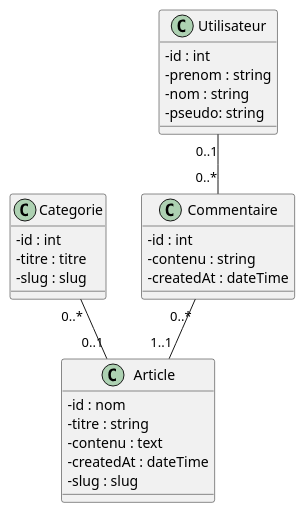
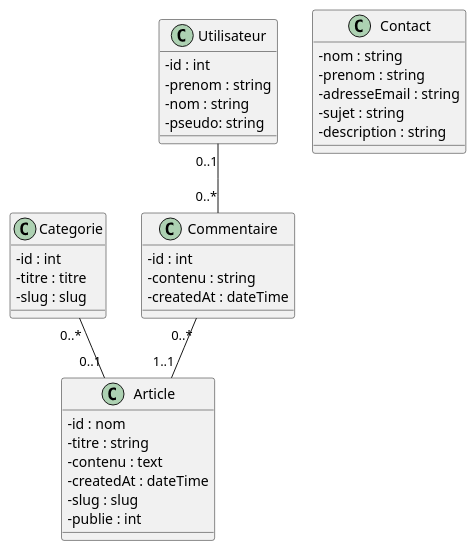
One commit to zbch00/blog-symfony changed the diagram in documentation/diagrammeDeClasse.puml. Above: the diagram before and after it, drawn with PlantUML. The commit also changed 38 other files, not shown here.

```diff
--- a/documentation/diagrammeDeClasse.puml
+++ b/documentation/diagrammeDeClasse.puml
@@ -1,36 +1,46 @@
 @startuml
 
 skinparam classAttributeIconSize 0
 
 class Article {
     -id : nom
     -titre : string
     -contenu : text
     -createdAt : dateTime
     -slug : slug
+    -publie : int
 
 }
 
 class Categorie {
     -id : int
     -titre : titre
     -slug : slug
 }
 
 class Commentaire {
     -id : int
     -contenu : string
     -createdAt : dateTime
 }
 
 class Utilisateur {
     -id : int
     -prenom : string
     -nom : string
     -pseudo: string
 }
 
+class Contact {
+    - nom : string
+    - prenom : string
+    - adresseEmail : string
+    - sujet : string
+    - description : string
+
+}
+
 Categorie "0..*" -- "0..1" Article
 Commentaire "0..*" -- "1..1" Article
 Utilisateur "0..1" -- "0..*" Commentaire
 @enduml
```
